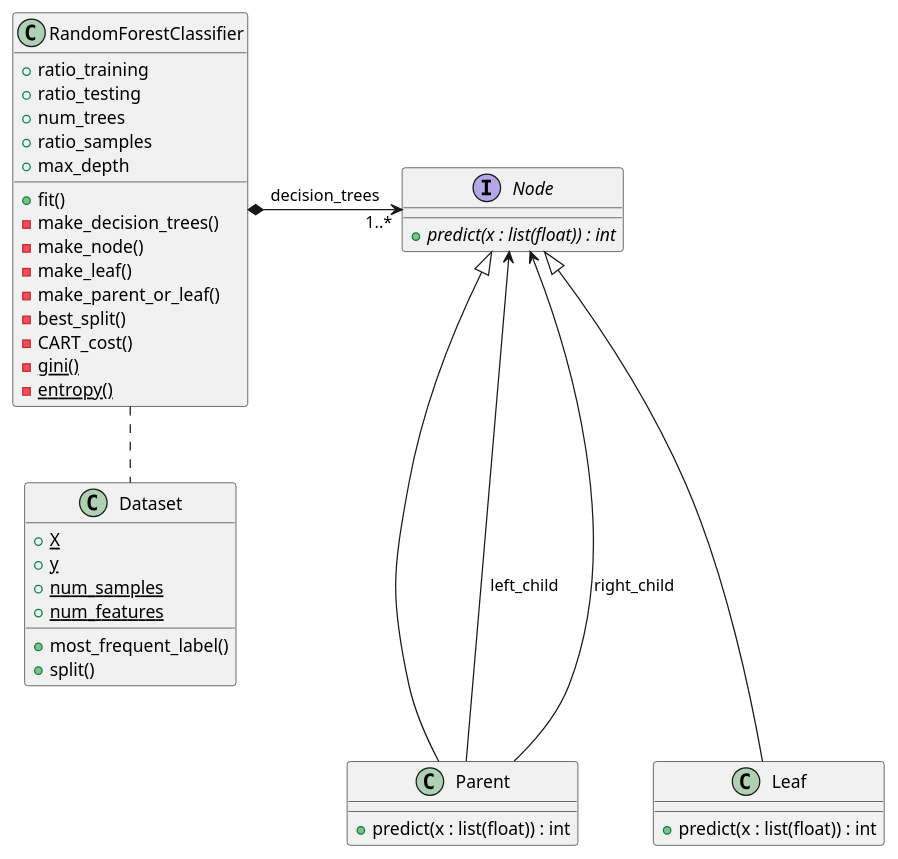
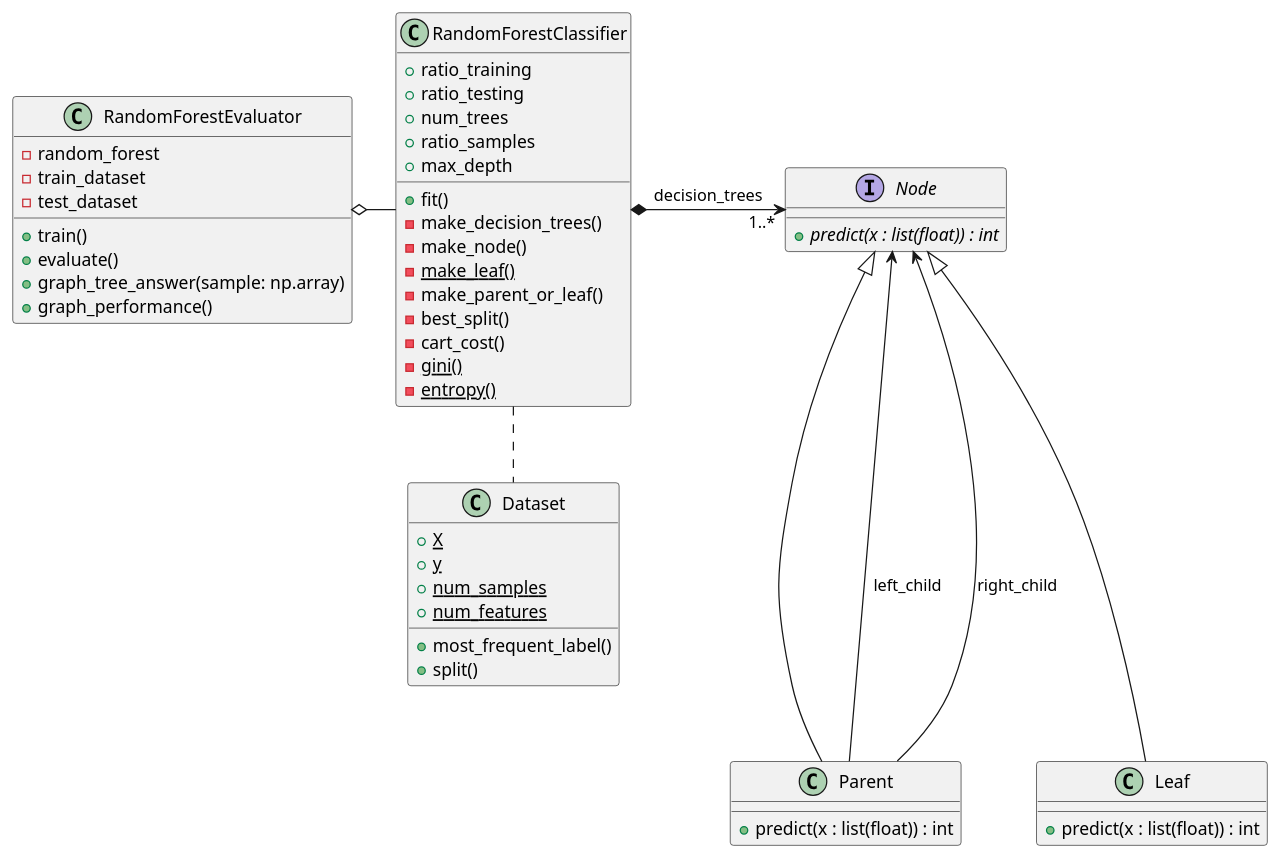
The diagram in Practica/Milestone 1/RandomForest.puml (NIU1752648/POO), drawn with PlantUML before and after one commit. The commit also changed 3 other files, not shown here.

```diff
--- a/Practica/Milestone 1/RandomForest.puml
+++ b/Practica/Milestone 1/RandomForest.puml
@@ -1,49 +1,60 @@
 @startuml RandomForestClassifier
+
+class RandomForestEvaluator {
+-random_forest
+-train_dataset
+-test_dataset
++train()
++evaluate()
++graph_tree_answer(sample: np.array)
++graph_performance()
+}
 
 class RandomForestClassifier {
 +ratio_training
 +ratio_testing
 +num_trees
 +ratio_samples
 +max_depth
 +fit()
 -make_decision_trees()
 -make_node()
--make_leaf()
+- {static}make_leaf()
 -make_parent_or_leaf()
 -best_split()
--CART_cost()
+-cart_cost()
 -{static}gini()
 -{static}entropy()
 }
 
 interface Node {
 {abstract} +predict(x : list(float)) : int
 }
 
 class Leaf {
 +predict(x : list(float)) : int
 }
 
 class Parent {
 +predict(x : list(float)) : int
 }
 
 class Dataset {
 + {static}X
 + {static}y
 + {static}num_samples
 + {static}num_features
 
 + most_frequent_label()
 +split()
 }
 
 RandomForestClassifier *-right-> "1..*" Node : decision_trees
 Leaf -up--|> Node
 Parent -up--|> Node
 Parent ---> Node : left_child
 Parent ---> Node : right_child
 RandomForestClassifier .down. Dataset
+RandomForestEvaluator o-right- RandomForestClassifier
 
 @enduml
```
